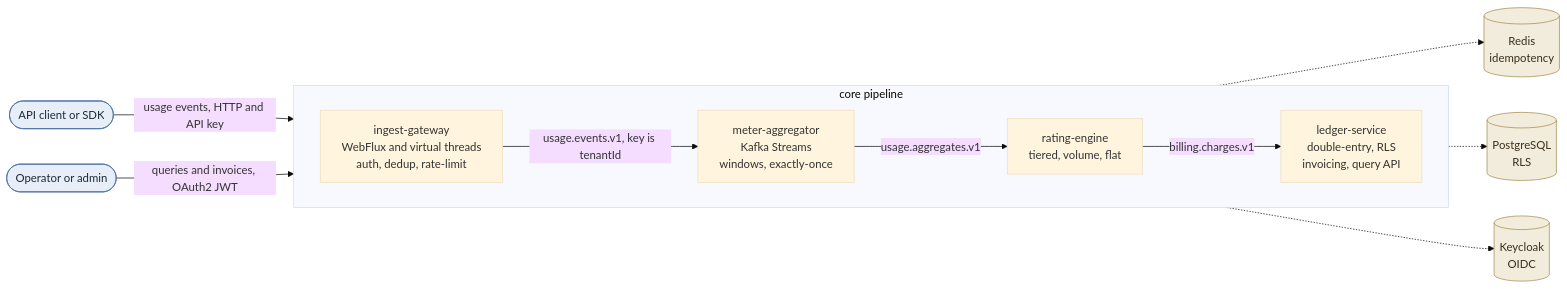
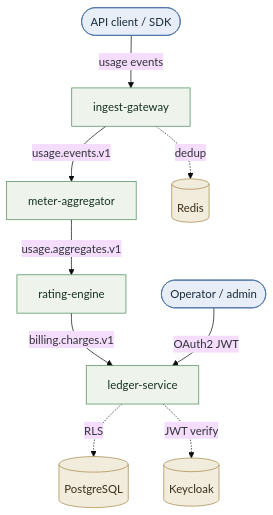
Before and after one commit to marciomarinho/quotient: the diagram in README.md, drawn with Mermaid (base theme). The commit also changed 3 other files, not shown here.

Commit message:
docs: make diagrams legible (rebuild C4 as flowcharts, collapse wide sequence lifelines)

````diff
--- a/README.md
+++ b/README.md
@@ -30,31 +30,26 @@
 ```mermaid
-flowchart LR
-    client(["API client or SDK"]):::ext
-    operator(["Operator or admin"]):::ext
+flowchart TB
+    client(["API client / SDK"]):::ext
+    operator(["Operator / admin"]):::ext
+    gw["ingest-gateway"]:::svc
+    agg["meter-aggregator"]:::svc
+    rate["rating-engine"]:::svc
+    ledger["ledger-service"]:::svc
+    redis[("Redis")]:::infra
+    pg[("PostgreSQL")]:::infra
+    kc[("Keycloak")]:::infra
 
-    client -->|"usage events, HTTP and API key"| gw
-    operator -->|"queries and invoices, OAuth2 JWT"| ledger
-
-    subgraph pipeline ["core pipeline"]
-        direction LR
-        gw["ingest-gateway<br/>WebFlux and virtual threads<br/>auth, dedup, rate-limit"]
-        agg["meter-aggregator<br/>Kafka Streams<br/>windows, exactly-once"]
-        rate["rating-engine<br/>tiered, volume, flat"]
-        ledger["ledger-service<br/>double-entry, RLS<br/>invoicing, query API"]
-    end
-
-    gw -->|"usage.events.v1, key is tenantId"| agg
+    client -->|"usage events"| gw
+    gw -->|"usage.events.v1"| agg
     agg -->|"usage.aggregates.v1"| rate
     rate -->|"billing.charges.v1"| ledger
+    operator -->|"OAuth2 JWT"| ledger
 
-    redis[("Redis<br/>idempotency")]:::infra
-    pg[("PostgreSQL<br/>RLS")]:::infra
-    kc[("Keycloak<br/>OIDC")]:::infra
-
-    gw -.-> redis
-    ledger -.-> pg
-    ledger -.-> kc
+    gw -.->|"dedup"| redis
+    ledger -.->|"RLS"| pg
+    ledger -.->|"JWT verify"| kc
 
     classDef ext fill:#e8eef7,stroke:#4a6fa5,color:#1a2a3a;
+    classDef svc fill:#eef4ec,stroke:#4a8a5a,color:#16301f;
     classDef infra fill:#f2ecdc,stroke:#a5894a,color:#3a2f1a;
 ```
````
